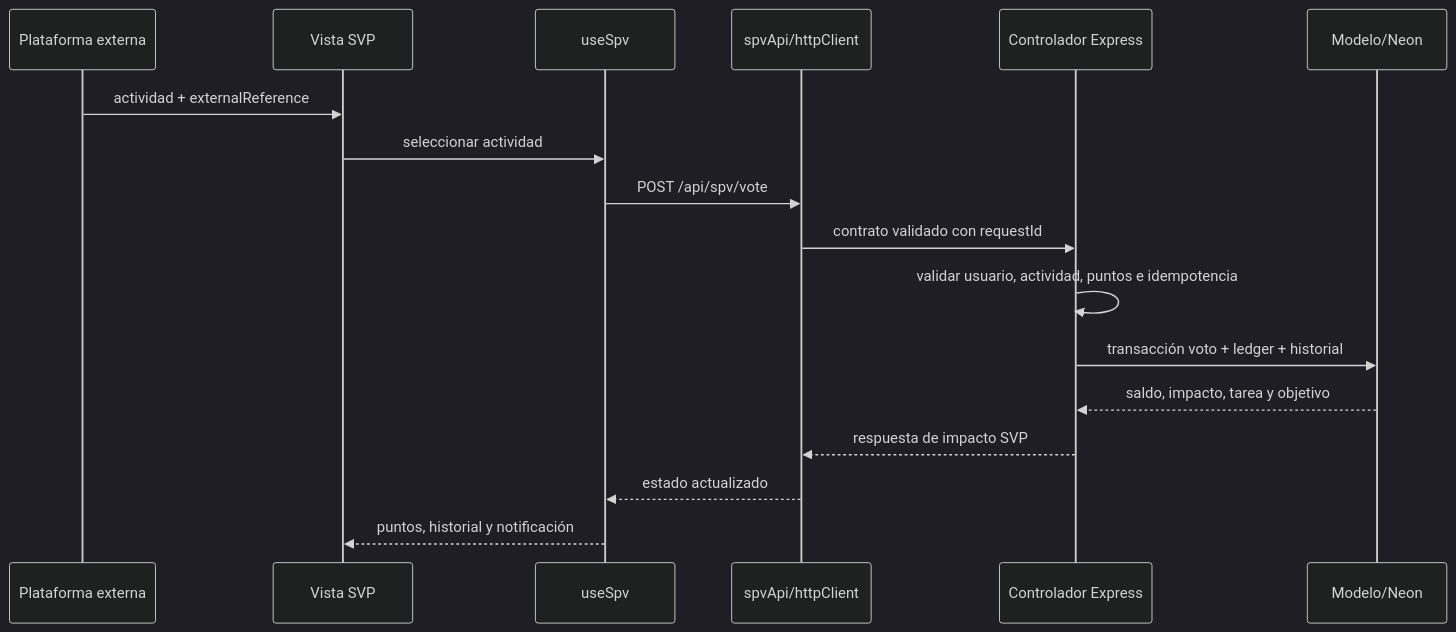
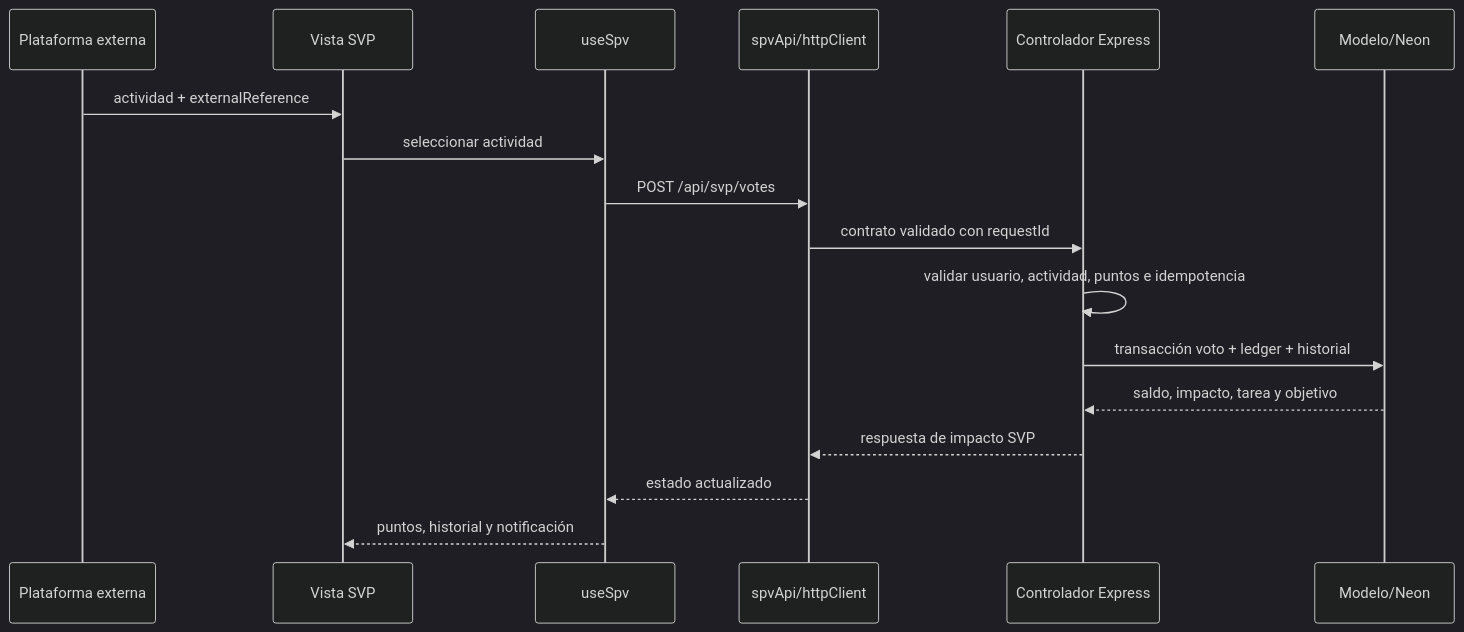
Before and after one commit to viewhorizon/SVP: the third of 4 diagrams in docs/SYSTEM_DIAGRAMS.md, drawn with Mermaid (dark theme). The commit also changed 23 other files, not shown here.

Commit message:
Move voting API to canonical SVP route

````diff
--- a/docs/SYSTEM_DIAGRAMS.md
+++ b/docs/SYSTEM_DIAGRAMS.md
@@ -72,20 +72,20 @@
 ```mermaid
 sequenceDiagram
   participant E as Plataforma externa
   participant V as Vista SVP
   participant H as useSpv
   participant A as spvApi/httpClient
   participant C as Controlador Express
   participant M as Modelo/Neon
 
   E->>V: actividad + externalReference
   V->>H: seleccionar actividad
-  H->>A: POST /api/spv/vote
+  H->>A: POST /api/svp/votes
   A->>C: contrato validado con requestId
   C->>C: validar usuario, actividad, puntos e idempotencia
   C->>M: transacción voto + ledger + historial
   M-->>C: saldo, impacto, tarea y objetivo
   C-->>A: respuesta de impacto SVP
   A-->>H: estado actualizado
   H-->>V: puntos, historial y notificación
 ```
````
